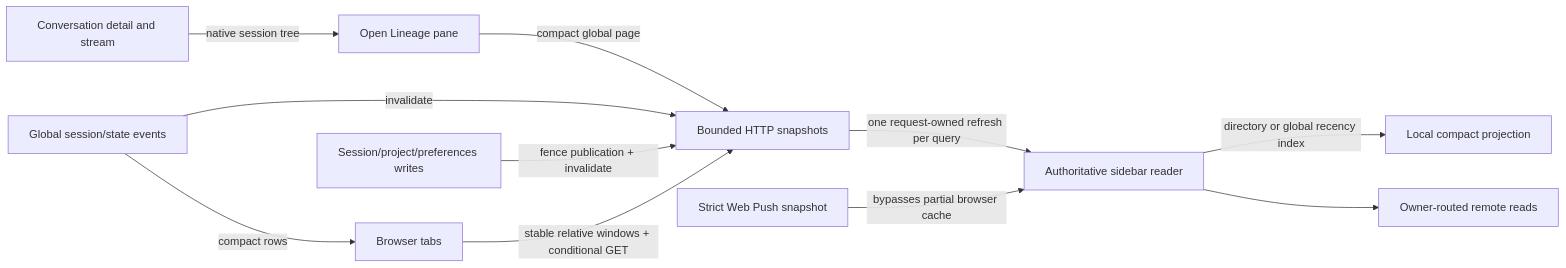
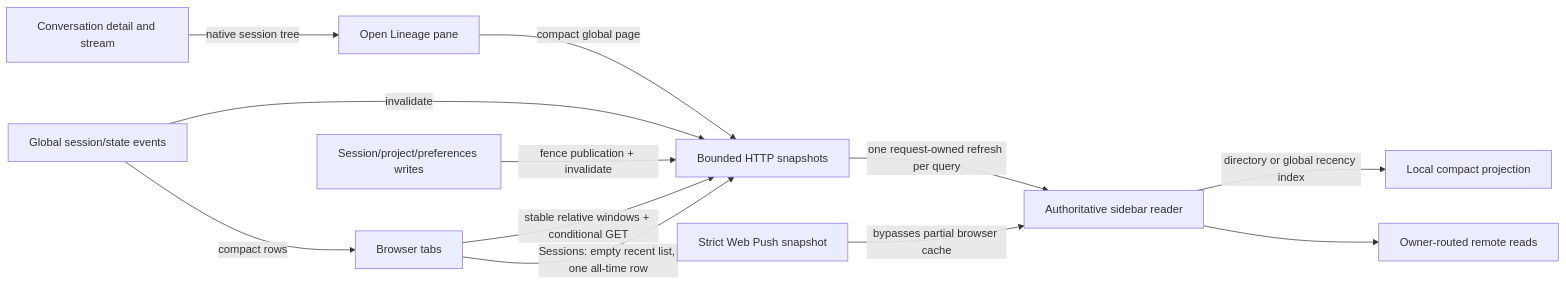
Before and after one commit to ocman/ocman: diagram 12 of 19 in docs/other/architecture.md, drawn with Mermaid. The commit also changed other lines of this file and 13 other files, not shown here.

````diff
--- a/docs/other/architecture.md
+++ b/docs/other/architecture.md
@@ -1533,13 +1533,14 @@
 ```mermaid
 flowchart LR
     Tabs[Browser tabs] -->|stable relative windows + conditional GET| Snapshots[Bounded HTTP snapshots]
+    Tabs -->|Sessions: empty recent list, one all-time row| Snapshots
     Lineage[Open Lineage pane] -->|compact global page| Snapshots
     Detail[Conversation detail and stream] -->|native session tree| Lineage
     Snapshots -->|one request-owned refresh per query| Sidebar[Authoritative sidebar reader]
     Sidebar -->|directory or global recency index| Local[Local compact projection]
     Sidebar --> Remotes[Owner-routed remote reads]
     Mutations[Session/project/preferences writes] -->|fence publication + invalidate| Snapshots
     Events[Global session/state events] -->|invalidate| Snapshots
     Events -->|compact rows| Tabs
     Push[Strict Web Push snapshot] -->|bypasses partial browser cache| Sidebar
 ```
````
